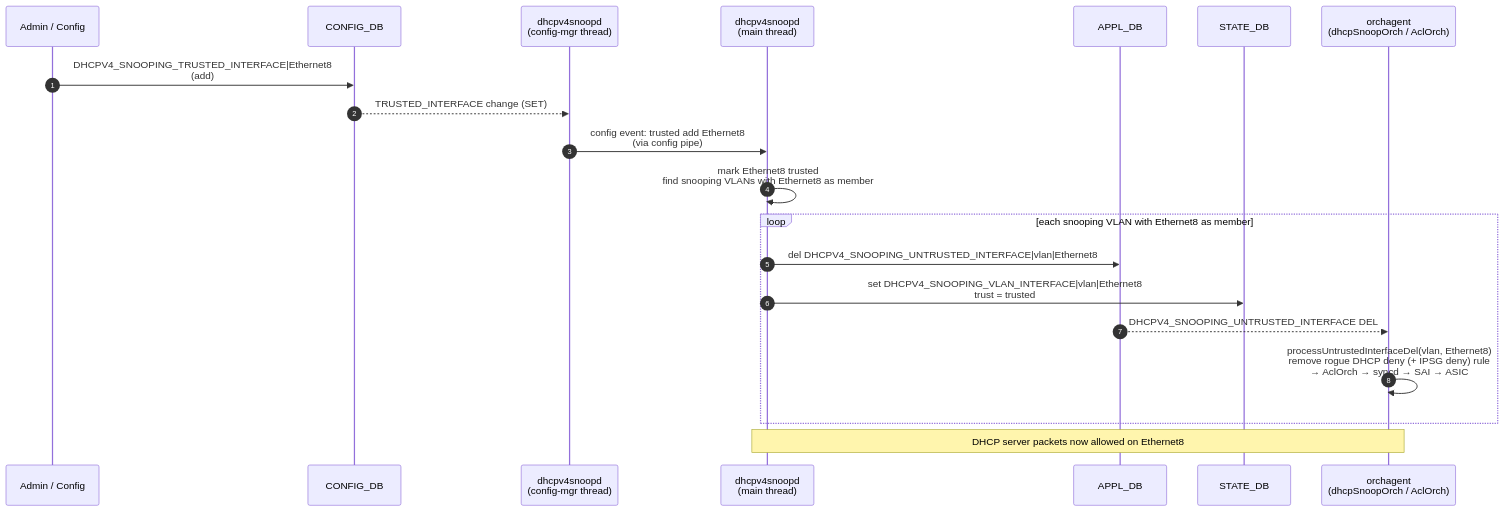
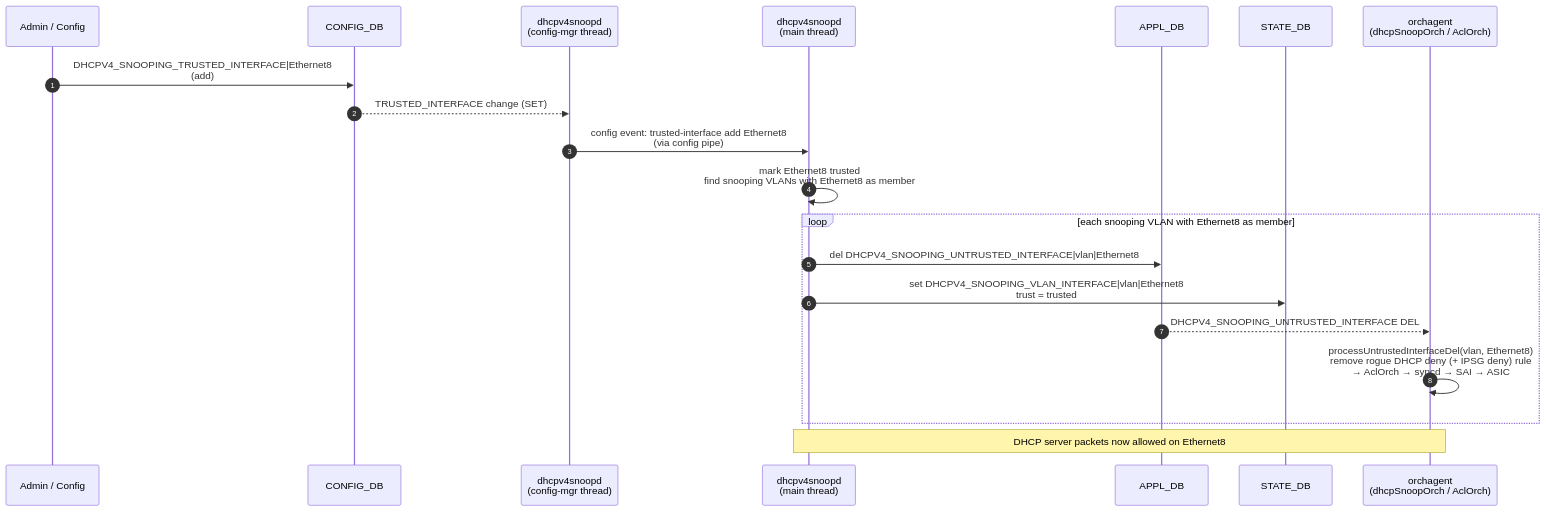
The fifth of 19 diagrams in doc/DHCPv4_snooping/DHCPv4-snooping-hld.md (sonic-net/SONiC), drawn with Mermaid before and after one commit. The commit also changed other lines of this file, not shown here.

First line of the commit message:
doc: add sequence diagrams in HLD

````diff
--- a/doc/DHCPv4_snooping/DHCPv4-snooping-hld.md
+++ b/doc/DHCPv4_snooping/DHCPv4-snooping-hld.md
@@ -476,25 +497,25 @@
 ```mermaid
 sequenceDiagram
     autonumber
     participant ADM as Admin / Config
     participant CFG as CONFIG_DB
     participant MGR as dhcpv4snoopd<br/>(config-mgr thread)
     participant MAIN as dhcpv4snoopd<br/>(main thread)
     participant APPL as APPL_DB
     participant STATE as STATE_DB
     participant ORCH as orchagent<br/>(dhcpSnoopOrch / AclOrch)
 
     ADM->>CFG: DHCPV4_SNOOPING_TRUSTED_INTERFACE|Ethernet8<br/>(add)
     CFG-->>MGR: TRUSTED_INTERFACE change (SET)
-    MGR->>MAIN: config event: trusted add Ethernet8<br/>(via config pipe)
+    MGR->>MAIN: config event: trusted-interface add Ethernet8<br/>(via config pipe)
     MAIN->>MAIN: mark Ethernet8 trusted<br/>find snooping VLANs with Ethernet8 as member
 
     loop each snooping VLAN with Ethernet8 as member
         MAIN->>APPL: del DHCPV4_SNOOPING_UNTRUSTED_INTERFACE|vlan|Ethernet8
         MAIN->>STATE: set DHCPV4_SNOOPING_VLAN_INTERFACE|vlan|Ethernet8<br/>trust = trusted
         APPL-->>ORCH: DHCPV4_SNOOPING_UNTRUSTED_INTERFACE DEL
         ORCH->>ORCH: processUntrustedInterfaceDel(vlan, Ethernet8)<br/>remove rogue DHCP deny (+ IPSG deny) rule<br/>→ AclOrch → syncd → SAI → ASIC
     end
 
     Note over MAIN,ORCH: DHCP server packets now allowed on Ethernet8
 ```
````
